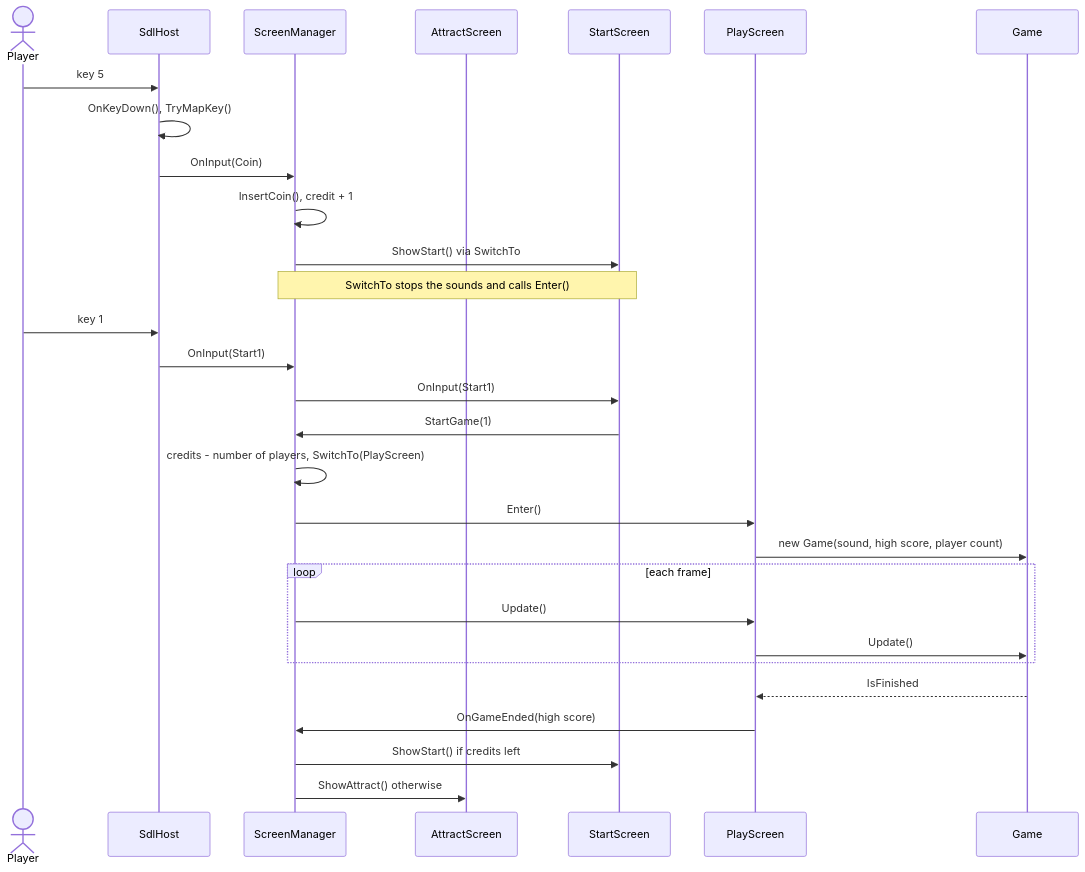
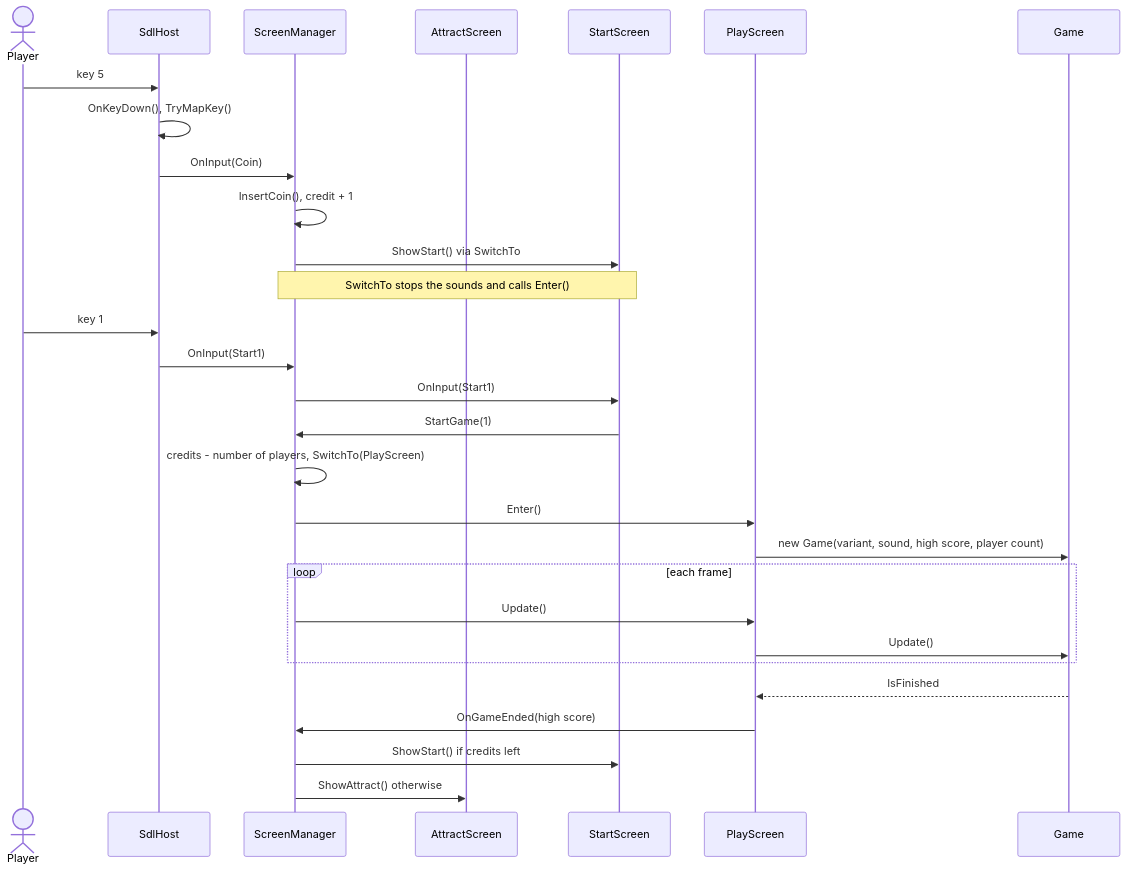
Before and after one commit to Telev78/pacman: the tenth of 31 diagrams in docs/Pacman_UML_and_State_Diagrams_EN.md, drawn with Mermaid. The commit also changed other lines of this file and 173 other files, not shown here.

````diff
--- a/docs/Pacman_UML_and_State_Diagrams_EN.md
+++ b/docs/Pacman_UML_and_State_Diagrams_EN.md
@@ -799,31 +1030,31 @@
 ```mermaid
 sequenceDiagram
   actor J as Player
   participant M as SdlHost
   participant S as ScreenManager
   participant A as AttractScreen
   participant ST as StartScreen
   participant P as PlayScreen
   participant G as Game
   J->>M: key 5
   M->>M: OnKeyDown(), TryMapKey()
   M->>S: OnInput(Coin)
   S->>S: InsertCoin(), credit + 1
   S->>ST: ShowStart() via SwitchTo
   Note over S,ST: SwitchTo stops the sounds and calls Enter()
   J->>M: key 1
   M->>S: OnInput(Start1)
   S->>ST: OnInput(Start1)
   ST->>S: StartGame(1)
   S->>S: credits - number of players, SwitchTo(PlayScreen)
   S->>P: Enter()
-  P->>G: new Game(sound, high score, player count)
+  P->>G: new Game(variant, sound, high score, player count)
   loop each frame
     S->>P: Update()
     P->>G: Update()
   end
   G-->>P: IsFinished
   P->>S: OnGameEnded(high score)
   S->>ST: ShowStart() if credits left
   S->>A: ShowAttract() otherwise
 ```
````
